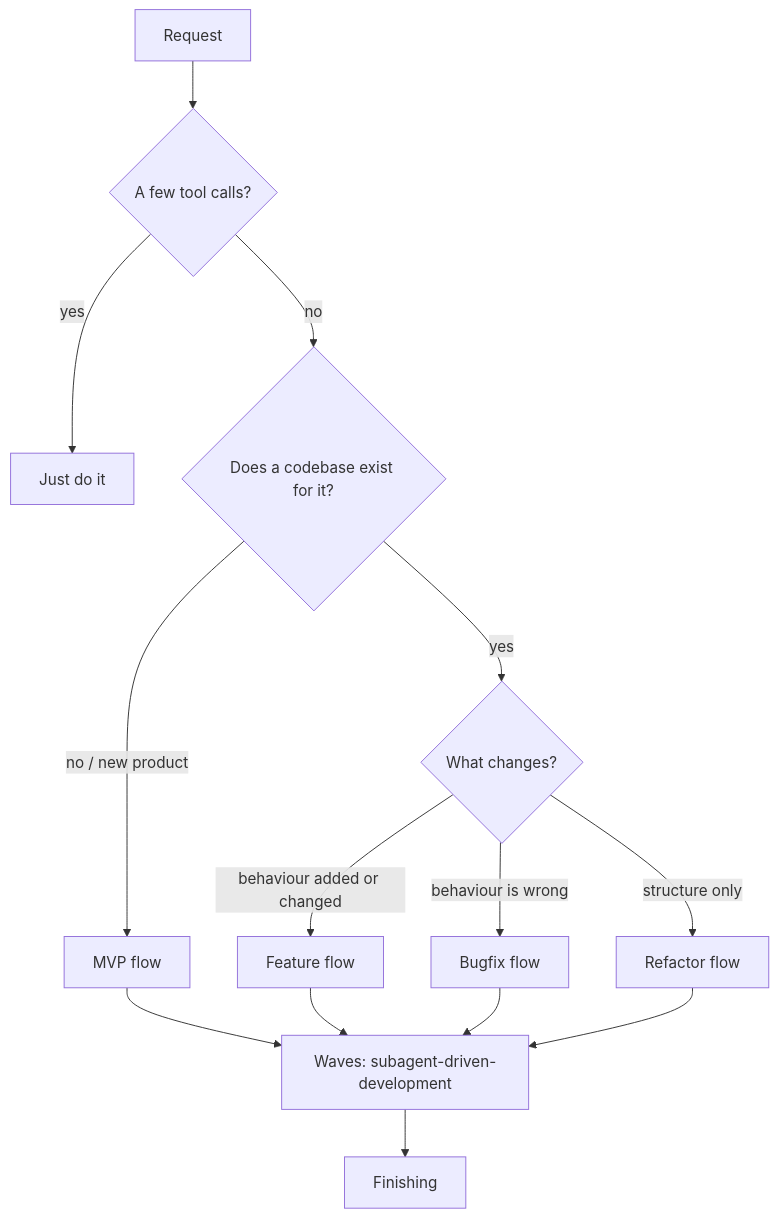
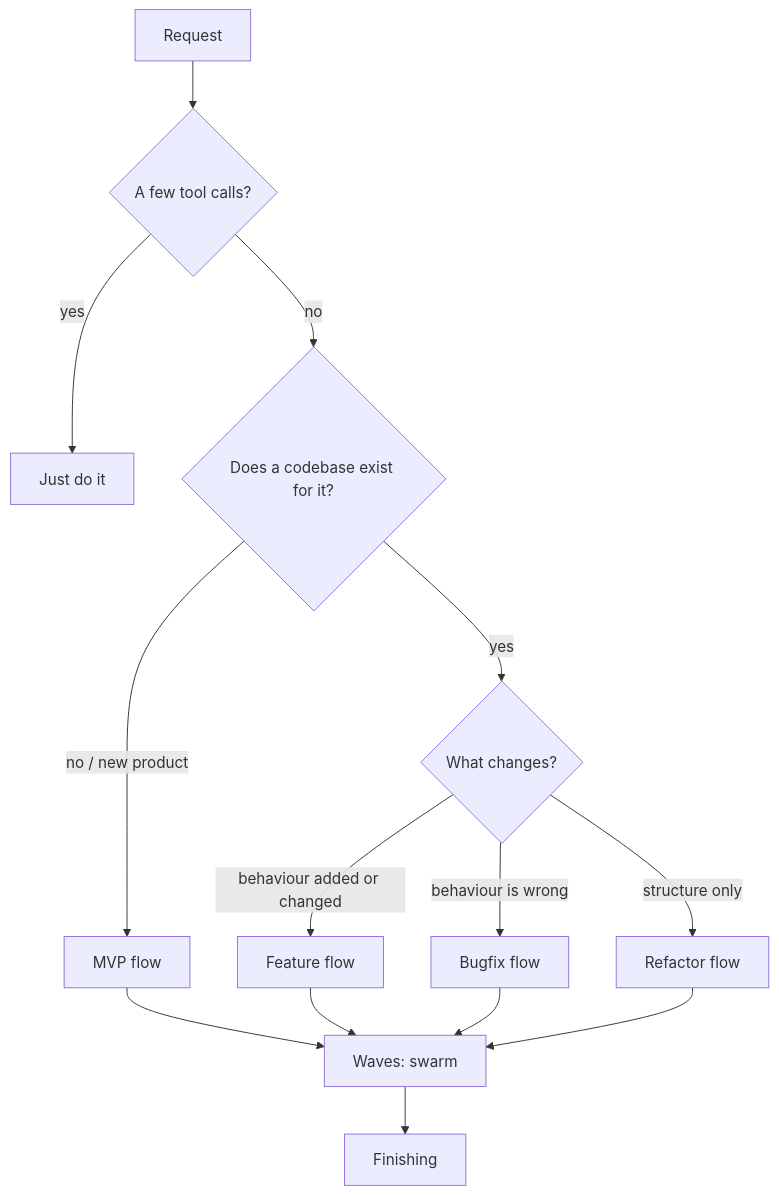
One commit to iha2/superlite changed the first of 4 diagrams in docs/specs/2026-10-17-superlite-flows-design.md. Above: the diagram before and after it, drawn with Mermaid. The commit also changed other lines of this file and 146 other files, not shown here.

````diff
--- a/docs/specs/2026-10-17-superlite-flows-design.md
+++ b/docs/specs/2026-10-17-superlite-flows-design.md
@@ -52,13 +52,13 @@
 ```mermaid
 flowchart TD
   R[Request] --> T{A few tool calls?}
   T -- yes --> D[Just do it]
   T -- no --> Q{Does a codebase exist for it?}
   Q -- no / new product --> MVP[MVP flow]
   Q -- yes --> K{What changes?}
   K -- behaviour added or changed --> F[Feature flow]
   K -- behaviour is wrong --> B[Bugfix flow]
   K -- structure only --> RF[Refactor flow]
-  MVP & F & B & RF --> W[Waves: subagent-driven-development]
+  MVP & F & B & RF --> W[Waves: swarm]
   W --> FIN[Finishing]
 ```
````
